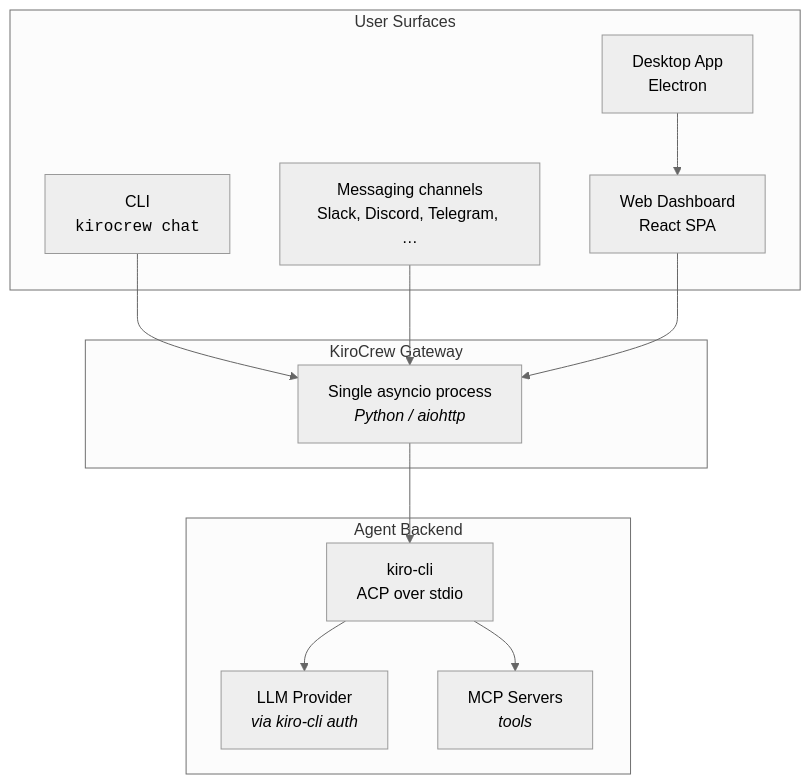
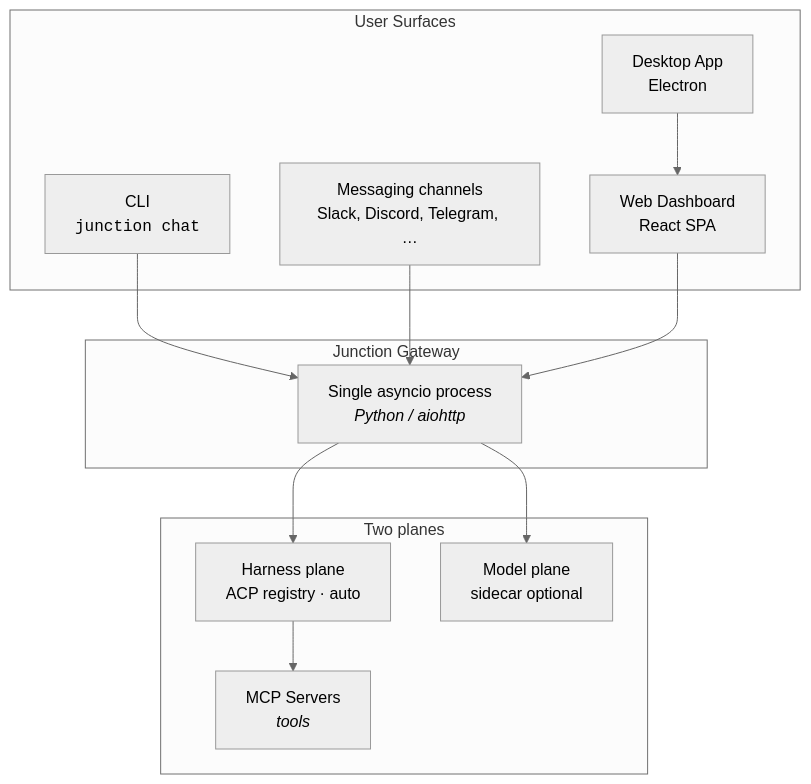
Before and after one commit to laqaer/acpcrew: the first of 9 diagrams in docs/architecture/overview.md, drawn with Mermaid (neutral theme). The commit also changed other lines of this file and 159 other files, not shown here.

````diff
--- a/docs/architecture/overview.md
+++ b/docs/architecture/overview.md
@@ -77,28 +82,28 @@
 ```mermaid
 graph TB
     subgraph "User Surfaces"
-        CLI[CLI<br/><code>kirocrew chat</code>]
+        CLI[CLI<br/><code>junction chat</code>]
         CHAN[Messaging channels<br/>Slack, Discord, Telegram, …]
         Dashboard[Web Dashboard<br/>React SPA]
         Desktop[Desktop App<br/>Electron]
     end
 
-    subgraph "KiroCrew Gateway"
+    subgraph "Junction Gateway"
         GW[Single asyncio process<br/><i>Python / aiohttp</i>]
     end
 
-    subgraph "Agent Backend"
-        KC[kiro-cli<br/>ACP over stdio]
-        LLM[LLM Provider<br/><i>via kiro-cli auth</i>]
+    subgraph "Two planes"
+        KC[Harness plane<br/>ACP registry · auto]
+        LLM[Model plane<br/>sidecar optional]
         MCP[MCP Servers<br/><i>tools</i>]
     end
 
     CLI --> GW
     CHAN --> GW
     Dashboard --> GW
     Desktop --> Dashboard
 
     GW --> KC
-    KC --> LLM
+    GW --> LLM
     KC --> MCP
 ```
````
